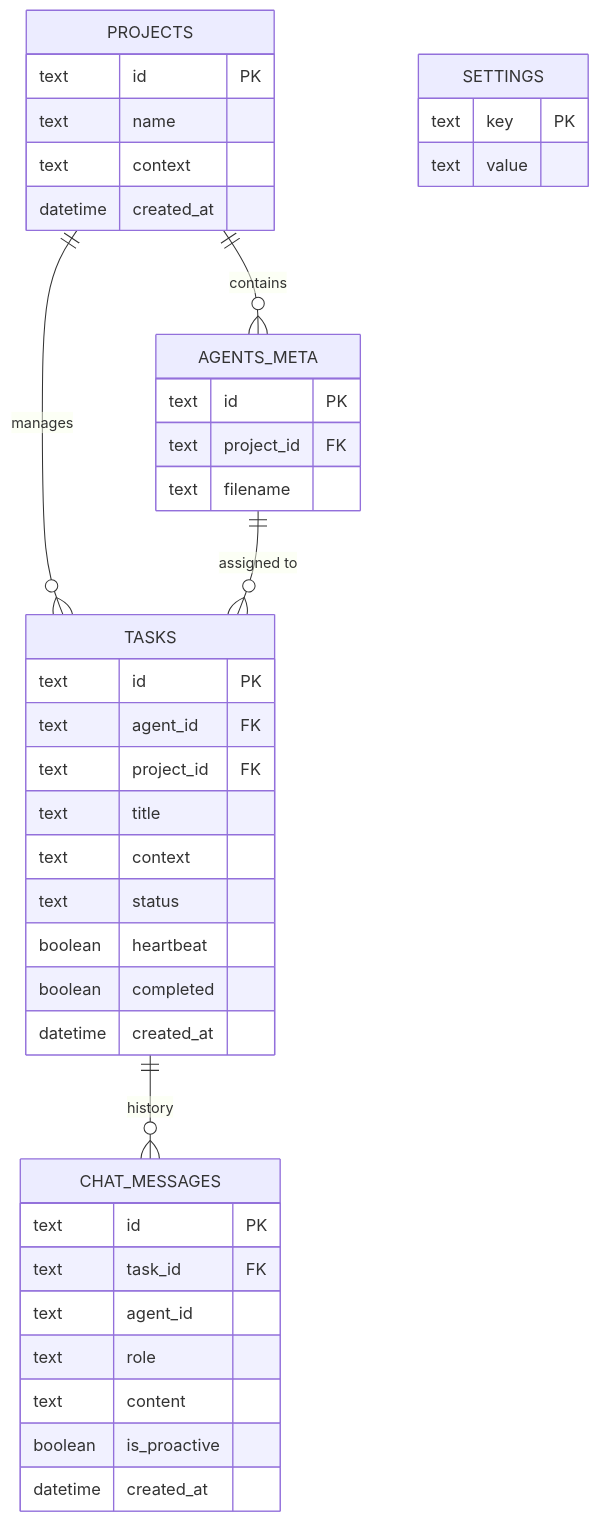
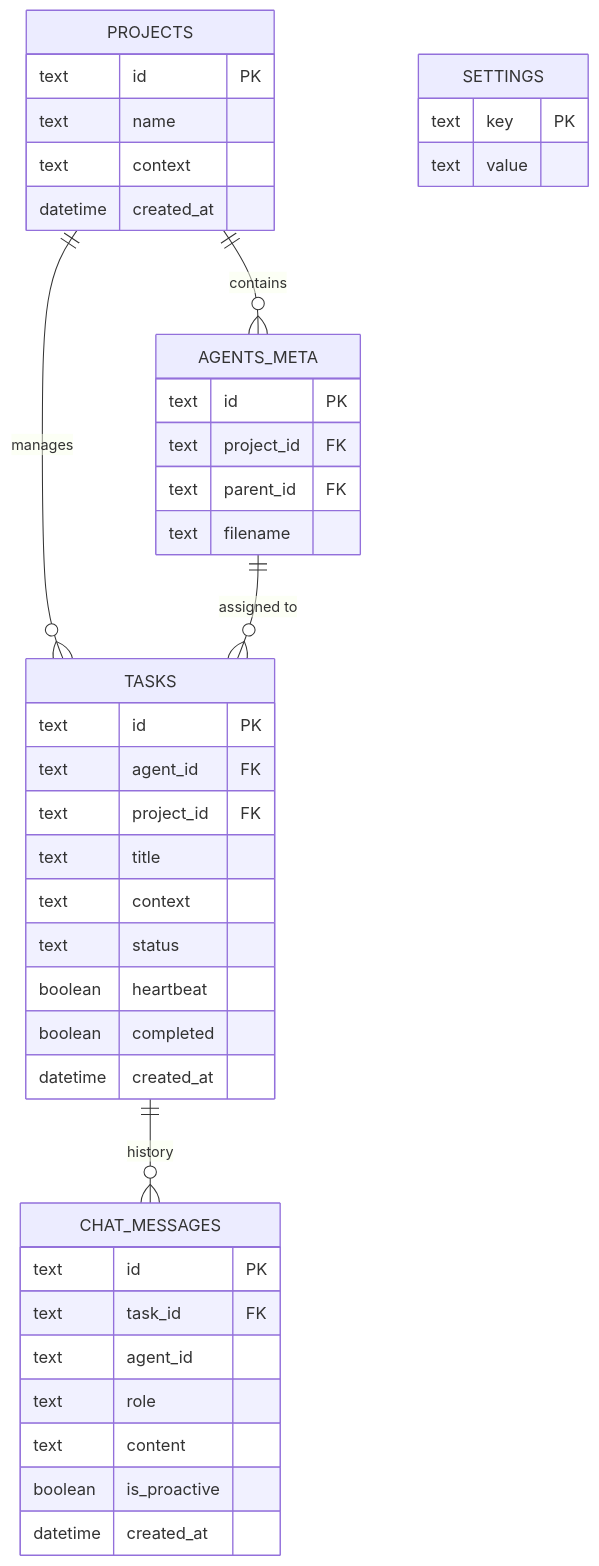
One commit to CBS9564/OllamaClip changed the second of 2 diagrams in ARCHITECTURE.md. Above: the diagram before and after it, drawn with Mermaid. The commit also changed other lines of this file and 16 other files, not shown here.

Commit message:
V17: Hierarchical Org Chart, Two-Step Project Deletion, and Documentation Updates

````diff
--- a/ARCHITECTURE.md
+++ b/ARCHITECTURE.md
@@ -38,47 +38,48 @@
 ```mermaid
 erDiagram
     PROJECTS ||--o{ AGENTS_META : "contains"
     PROJECTS ||--o{ TASKS : "manages"
     TASKS ||--o{ CHAT_MESSAGES : "history"
     AGENTS_META ||--o{ TASKS : "assigned to"
 
     PROJECTS {
         text id PK
         text name
         text context
         datetime created_at
     }
 
     AGENTS_META {
         text id PK
         text project_id FK
+        text parent_id FK
         text filename
     }
 
     TASKS {
         text id PK
         text agent_id FK
         text project_id FK
         text title
         text context
         text status
         boolean heartbeat
         boolean completed
         datetime created_at
     }
 
     CHAT_MESSAGES {
         text id PK
         text task_id FK
         text agent_id
         text role
         text content
         boolean is_proactive
         datetime created_at
     }
 
     SETTINGS {
         text key PK
         text value
     }
 ```
````
